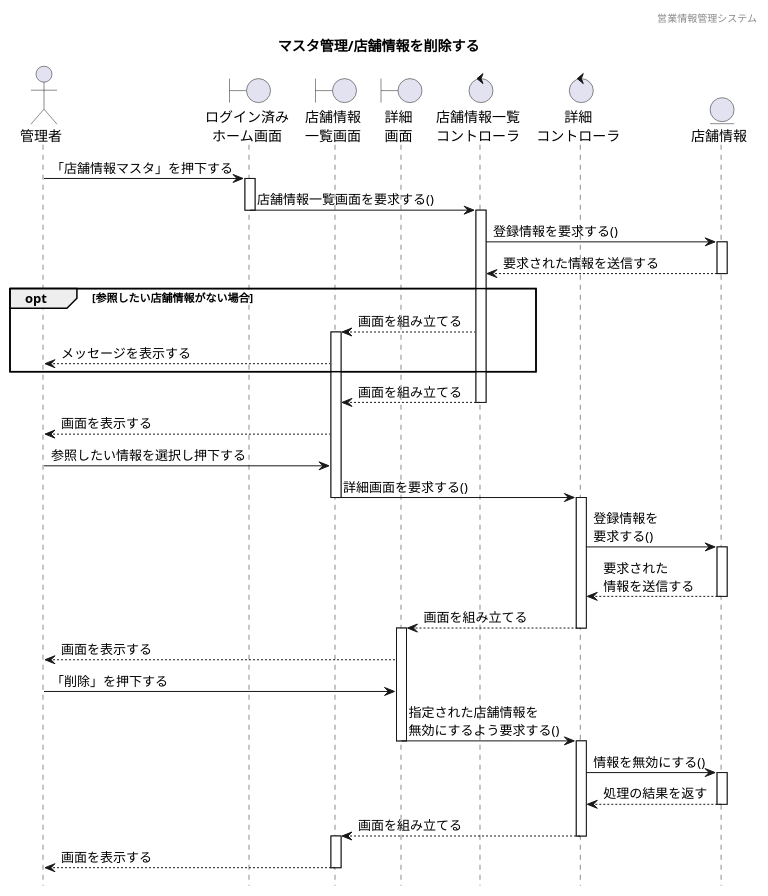
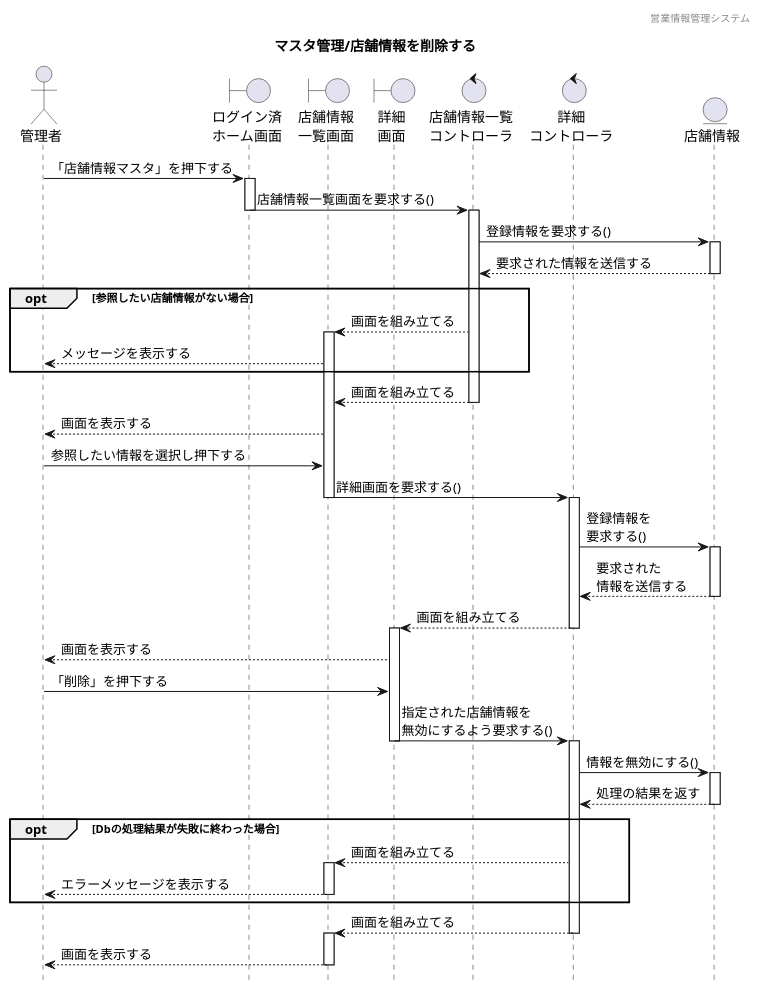
The diagram in 各種設計書/4シーケンス図/マスタ管理/2.店舗情報マスタ/店舗情報管理_削除.plantuml (HaruShim/Sotuken), drawn with PlantUML before and after one commit. The commit also changed 3 other files, not shown here.

```diff
--- a/各種設計書/4シーケンス図/マスタ管理/2.店舗情報マスタ/店舗情報管理_削除.plantuml
+++ b/各種設計書/4シーケンス図/マスタ管理/2.店舗情報マスタ/店舗情報管理_削除.plantuml
@@ -1,78 +1,84 @@
 @startuml ../../images/店舗情報マスタ/店舗情報管理_削除
 
 ' 下アイコン除去
 hide footbox
 ' ヘッダー
 header 営業情報管理システム
 ' タイトル
 title マスタ管理/店舗情報を削除する
 
 
 ' actor "" as 
 actor "管理者" as a1
 
 ' boundary "" as 
-boundary "ログイン済み\nホーム画面" as b1
+boundary "ログイン済\nホーム画面" as b1
 boundary "店舗情報\n一覧画面" as b2
 boundary "詳細\n画面" as b3
 
 ' control "" as 
 control "店舗情報一覧\nコントローラ" as c1
 control "詳細\nコントローラ" as c2
 
 ' entity "" as
 entity "店舗情報" as e1
 
 
 ' ログイン済みホーム画面から一覧表示までのシーケンス
 a1 -> b1 : 「店舗情報マスタ」を押下する
 activate b1
 b1 -> c1 : 店舗情報一覧画面を要求する()
 deactivate b1
 activate c1
 c1 -> e1 : 登録情報を要求する()
 activate e1
 c1 <-- e1 : 要求された情報を送信する
 deactivate e1
 
 ' 代替フロー
 opt 参照したい店舗情報がない場合
 b2 <-- c1 : 画面を組み立てる
 activate b2
 a1 <-- b2 : メッセージを表示する
 end
 
 b2 <-- c1 : 画面を組み立てる
 deactivate c1
 
 a1 <-- b2 : 画面を表示する
 a1 -> b2 : 参照したい情報を選択し押下する
 b2 -> c2 : 詳細画面を要求する()
 deactivate b2
 activate c2
 c2 -> e1 : 登録情報を\n要求する()
 activate e1
 c2 <-- e1 : 要求された\n情報を送信する
 deactivate e1
 b3 <-- c2 : 画面を組み立てる
 deactivate c2
 activate b3
 a1 <-- b3 : 画面を表示する
 
 
 
 a1 -> b3 : 「削除」を押下する
 b3 -> c2 : 指定された店舗情報を\n無効にするよう要求する()
 deactivate b3
 activate c2
 c2 -> e1 : 情報を無効にする()
 activate e1
 c2 <-- e1 : 処理の結果を返す
 deactivate e1
+opt Dbの処理結果が失敗に終わった場合
+b2 <-- c2 : 画面を組み立てる
+activate b2
+a1 <-- b2 : エラーメッセージを表示する
+deactivate b2
+end
 b2 <-- c2 : 画面を組み立てる
 deactivate c2
 activate b2
 a1 <-- b2 : 画面を表示する
 deactivate b2
 
 @enduml
```
